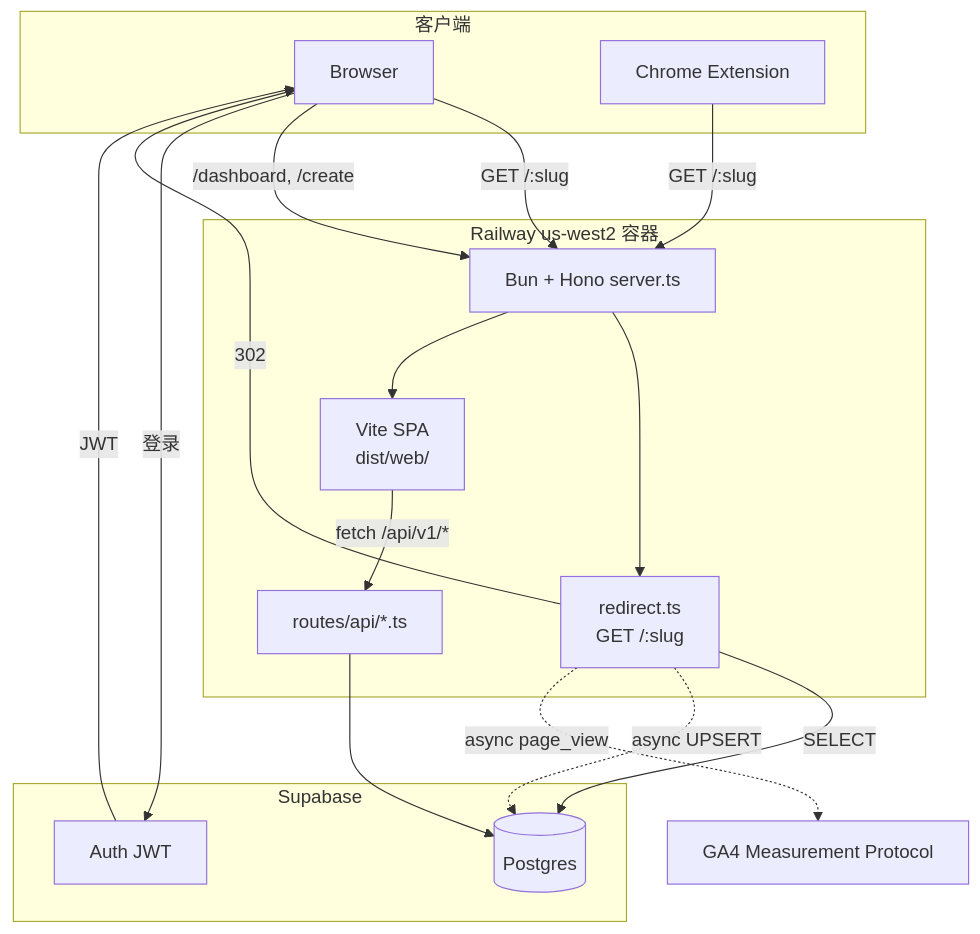
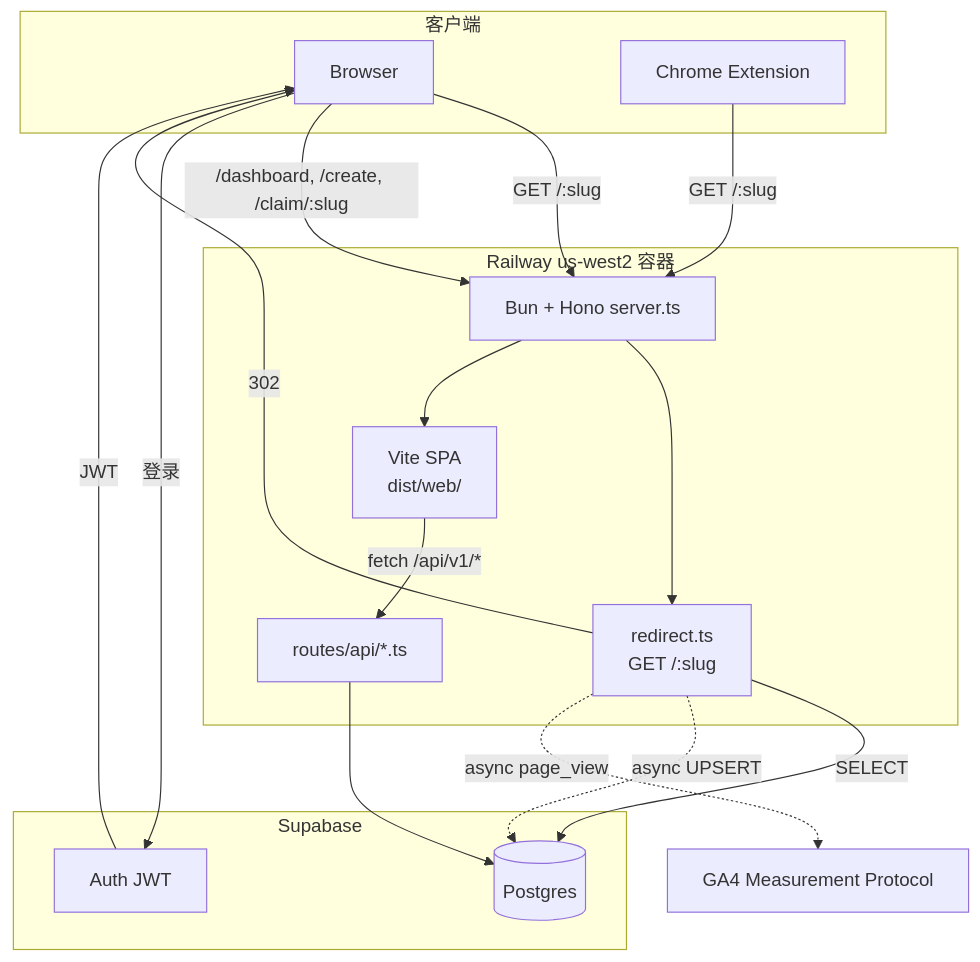
The diagram in docs/CURRENT-ARCHITECT.md (xinbenlv/open-golinks), drawn with Mermaid before and after one commit. The commit also changed other lines of this file and 21 other files, not shown here.

````diff
--- a/docs/CURRENT-ARCHITECT.md
+++ b/docs/CURRENT-ARCHITECT.md
@@ -32,34 +32,34 @@
 ```mermaid
 flowchart TB
   subgraph Client[客户端]
     BR[Browser]
     EX[Chrome Extension]
   end
 
   subgraph Railway[Railway us-west2 容器]
     SRV[Bun + Hono server.ts]
     RED[redirect.ts<br/>GET /:slug]
     API[routes/api/*.ts]
     SPA[Vite SPA<br/>dist/web/]
   end
 
   subgraph Supabase[Supabase]
     PG[(Postgres)]
     AUTH[Auth JWT]
   end
 
   BR -->|GET /:slug| SRV
   EX -->|GET /:slug| SRV
   SRV --> RED
   RED -->|SELECT| PG
   RED -->|302| BR
   RED -.->|async UPSERT| PG
   RED -.->|async page_view| GA4[GA4 Measurement Protocol]
 
-  BR -->|/dashboard, /create| SRV
+  BR -->|/dashboard, /create, /claim/:slug| SRV
   SRV --> SPA
   SPA -->|fetch /api/v1/*| API
   API --> PG
   BR -->|登录| AUTH
   AUTH -->|JWT| BR
 ```
````
